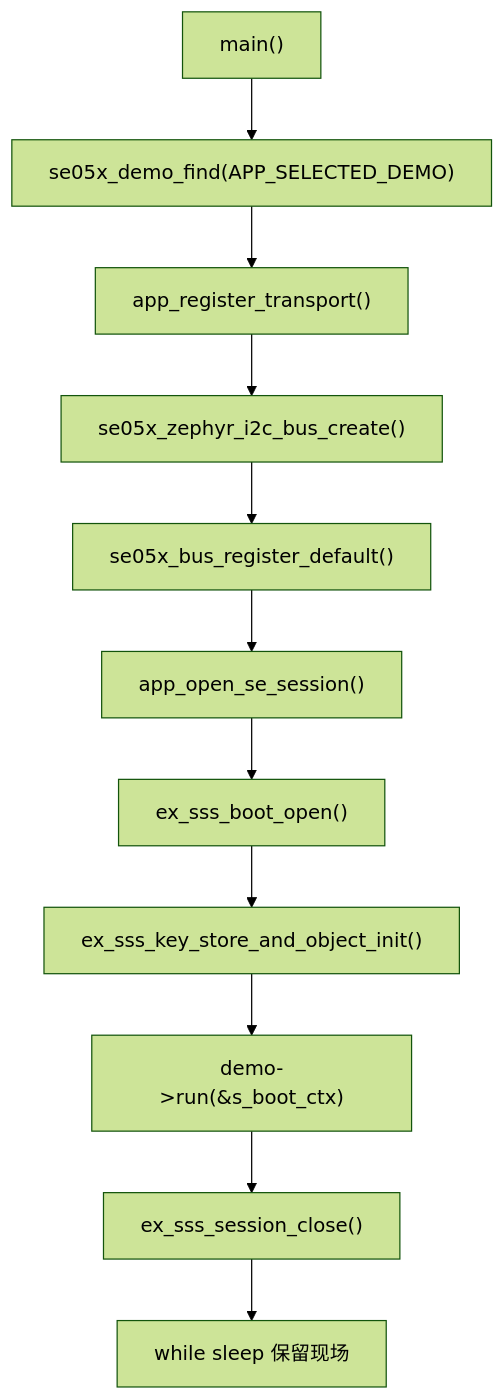
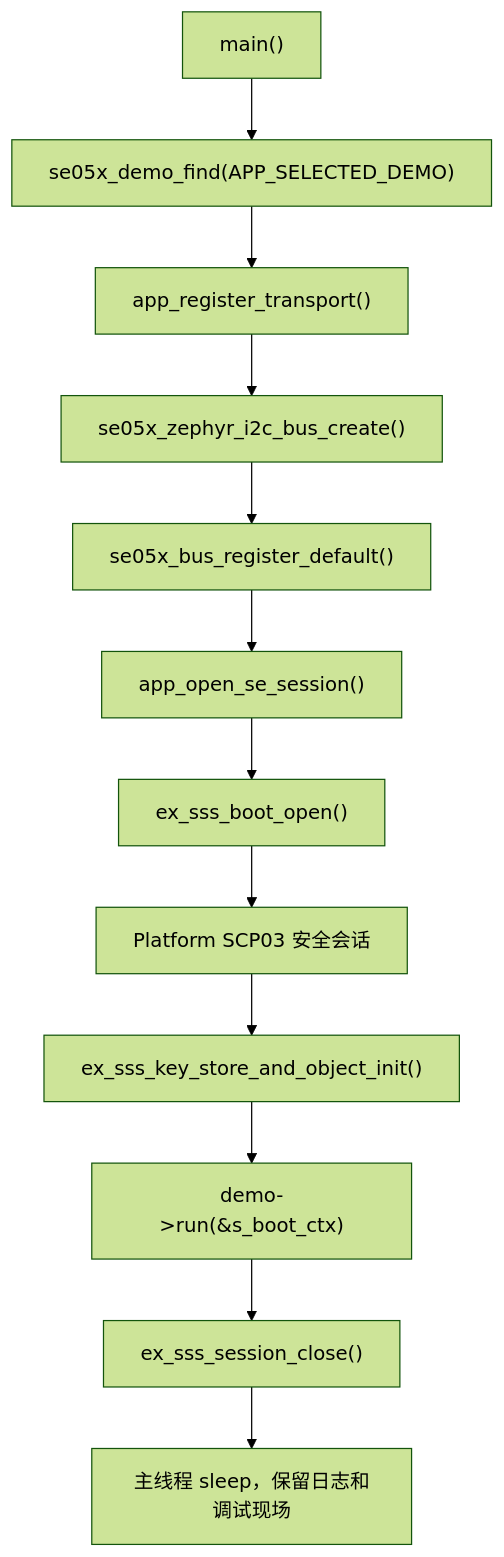
One commit to tianrking/nrf54lm20-se05x-ncs changed the diagram in src/README.md. Above: the diagram before and after it, drawn with Mermaid (forest theme). The commit also changed other lines of this file and 11 other files, not shown here.

````diff
--- a/src/README.md
+++ b/src/README.md
@@ -50,13 +52,14 @@
 ```mermaid
 flowchart TD
     A["main()"] --> B["se05x_demo_find(APP_SELECTED_DEMO)"]
     B --> C["app_register_transport()"]
     C --> D["se05x_zephyr_i2c_bus_create()"]
     D --> E["se05x_bus_register_default()"]
     E --> F["app_open_se_session()"]
     F --> G["ex_sss_boot_open()"]
-    G --> H["ex_sss_key_store_and_object_init()"]
-    H --> I["demo->run(&s_boot_ctx)"]
-    I --> J["ex_sss_session_close()"]
-    J --> K["while sleep 保留现场"]
+    G --> H["Platform SCP03 安全会话"]
+    H --> I["ex_sss_key_store_and_object_init()"]
+    I --> J["demo->run(&s_boot_ctx)"]
+    J --> K["ex_sss_session_close()"]
+    K --> L["主线程 sleep，保留日志和调试现场"]
 ```
````
